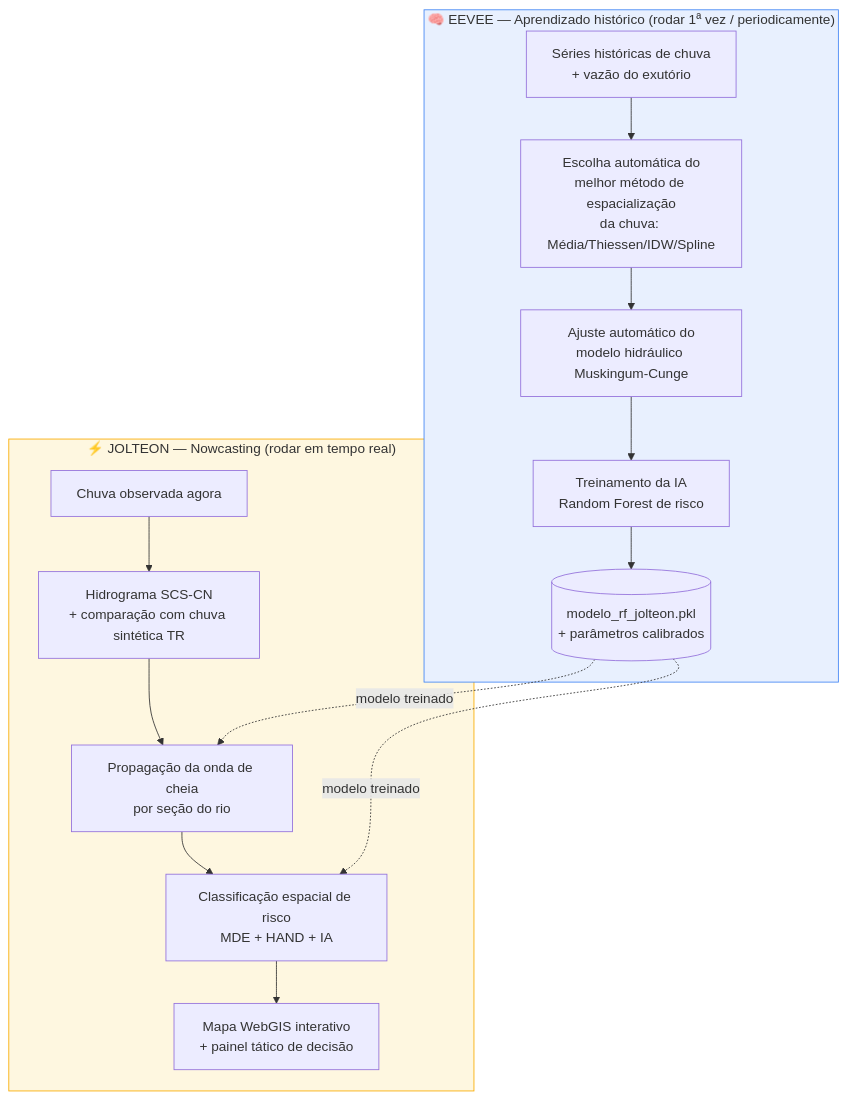
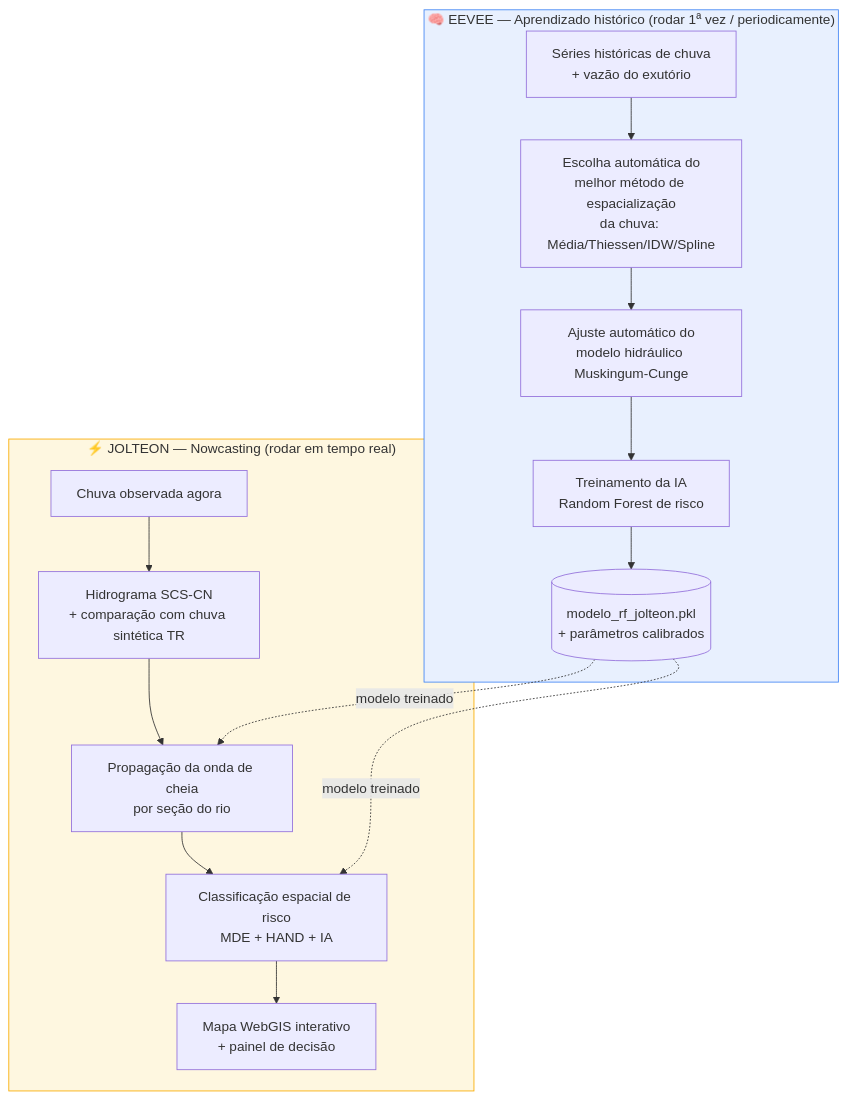
The diagram in README.md (fcg120/Sistema_nowcasting_UNIFEI), drawn with Mermaid before and after one commit.

Commit message:
Fix typo in decision panel description

````diff
--- a/README.md
+++ b/README.md
@@ -14,22 +14,22 @@
 ```mermaid
 flowchart TD
     subgraph EEVEE["🧠 EEVEE — Aprendizado histórico (rodar 1ª vez / periodicamente)"]
         A[Séries históricas de chuva<br/>+ vazão do exutório] --> B[Escolha automática do<br/>melhor método de espacialização<br/>da chuva: Média/Thiessen/IDW/Spline]
         B --> C[ Ajuste automático do<br/>modelo hidráulico Muskingum-Cunge]
         C --> D[Treinamento da IA<br/>Random Forest de risco]
         D --> E[(modelo_rf_jolteon.pkl<br/>+ parâmetros calibrados)]
     end
 
     subgraph JOLTEON["⚡ JOLTEON — Nowcasting (rodar em tempo real)"]
         F[Chuva observada agora] --> G[Hidrograma SCS-CN<br/>+ comparação com chuva sintética TR]
         G --> H[Propagação da onda de cheia<br/>por seção do rio]
         H --> I[Classificação espacial de risco<br/>MDE + HAND + IA]
-        I --> J[Mapa WebGIS interativo<br/>+ painel tático de decisão]
+        I --> J[Mapa WebGIS interativo<br/>+ painel de decisão]
     end
 
     E -.modelo treinado .-> H
     E -.modelo treinado .-> I
 
     style EEVEE fill:#e8f0fe,stroke:#4285f4
     style JOLTEON fill:#fef7e0,stroke:#f9ab00
 ```
````
